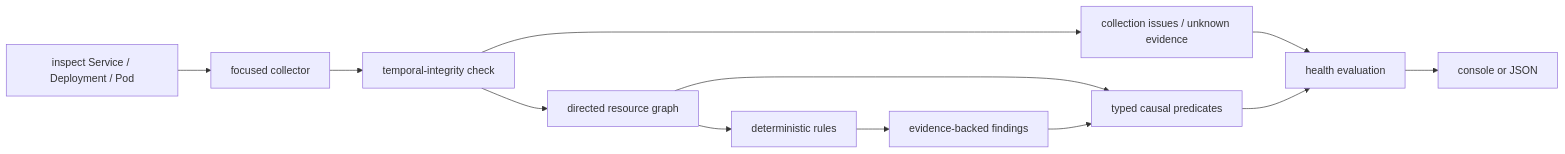
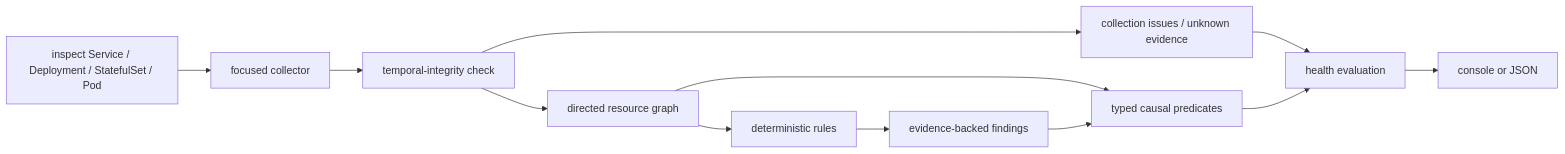
Before and after one commit to leventozen/kubectl-tuna: the diagram in docs/how-it-works.md, drawn with Mermaid. The commit also changed other lines of this file and 28 other files, not shown here.

````diff
--- a/docs/how-it-works.md
+++ b/docs/how-it-works.md
@@ -7,14 +7,14 @@
 ```mermaid
 flowchart LR
-    CLI["inspect Service / Deployment / Pod"] --> C["focused collector"]
+    CLI["inspect Service / Deployment / StatefulSet / Pod"] --> C["focused collector"]
     C --> T["temporal-integrity check"]
     T --> G["directed resource graph"]
     T --> U["collection issues / unknown evidence"]
     G --> R["deterministic rules"]
     R --> F["evidence-backed findings"]
     G --> X["typed causal predicates"]
     F --> X
     U --> H["health evaluation"]
     X --> H
     H --> O["console or JSON"]
 ```
````
